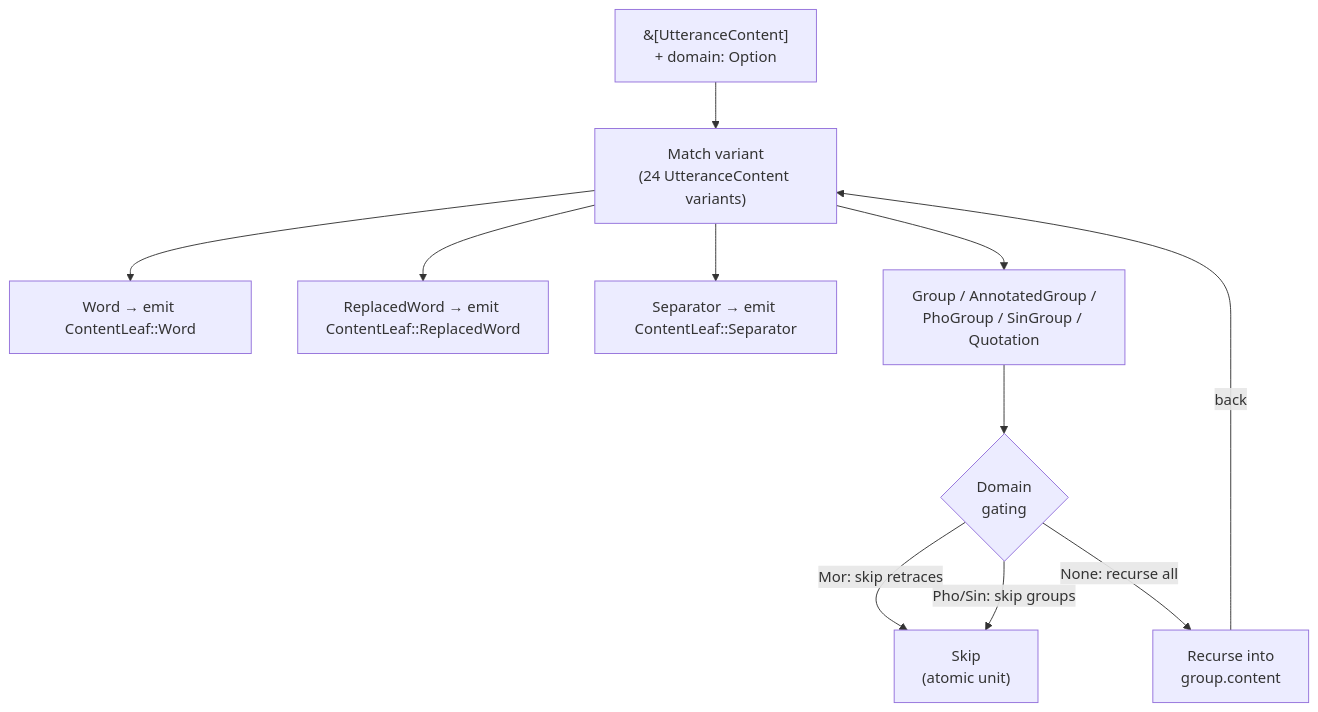
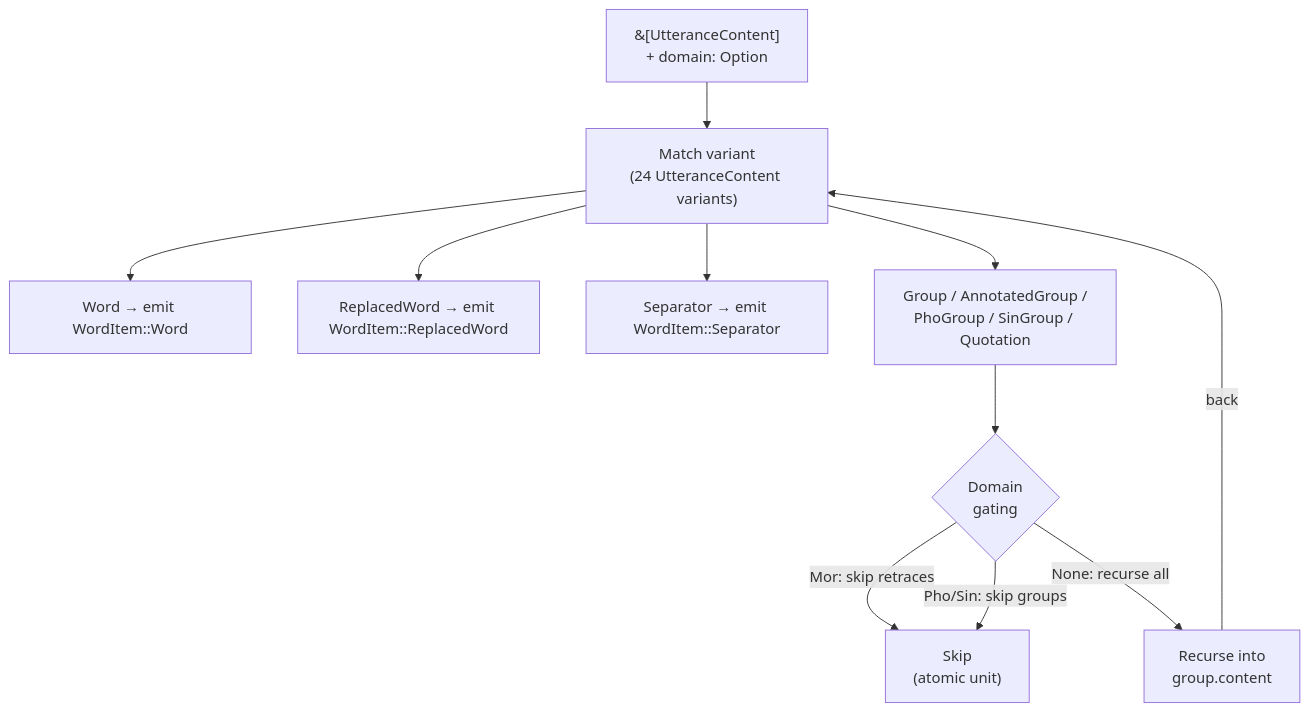
Before and after one commit to TalkBank/talkbank-tools: the second of 2 diagrams in book/src/architecture/data-model.md, drawn with Mermaid. The commit also changed other lines of this file and 32 other files, not shown here.

Commit message:
docs: add architecture audit backlog and overlap audit guidance

````diff
--- a/book/src/architecture/data-model.md
+++ b/book/src/architecture/data-model.md
@@ -145,20 +148,20 @@
 ```mermaid
 flowchart TD
-    input["&[UtteranceContent]\n+ domain: Option<AlignmentDomain>"]
+    input["&[UtteranceContent]\n+ domain: Option<TierDomain>"]
     dispatch["Match variant\n(24 UtteranceContent variants)"]
-    word["Word → emit ContentLeaf::Word"]
-    rw["ReplacedWord → emit ContentLeaf::ReplacedWord"]
-    sep["Separator → emit ContentLeaf::Separator"]
+    word["Word → emit WordItem::Word"]
+    rw["ReplacedWord → emit WordItem::ReplacedWord"]
+    sep["Separator → emit WordItem::Separator"]
     group["Group / AnnotatedGroup /\nPhoGroup / SinGroup / Quotation"]
     gate{"Domain\ngating"}
     skip["Skip\n(atomic unit)"]
     recurse["Recurse into\ngroup.content"]
 
     input --> dispatch
     dispatch --> word & rw & sep & group
     group --> gate
     gate -->|"Mor: skip retraces"| skip
     gate -->|"Pho/Sin: skip groups"| skip
     gate -->|"None: recurse all"| recurse
     recurse -->|back| dispatch
 ```
````
